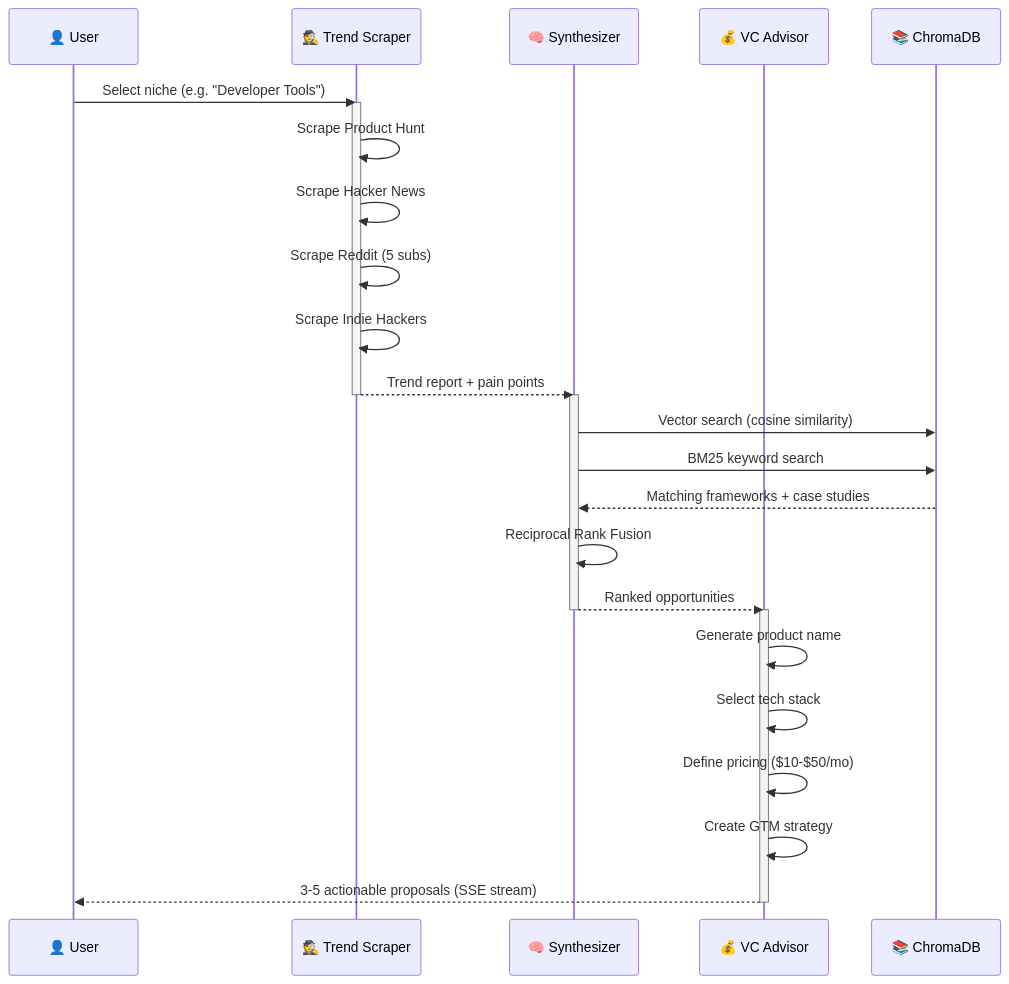
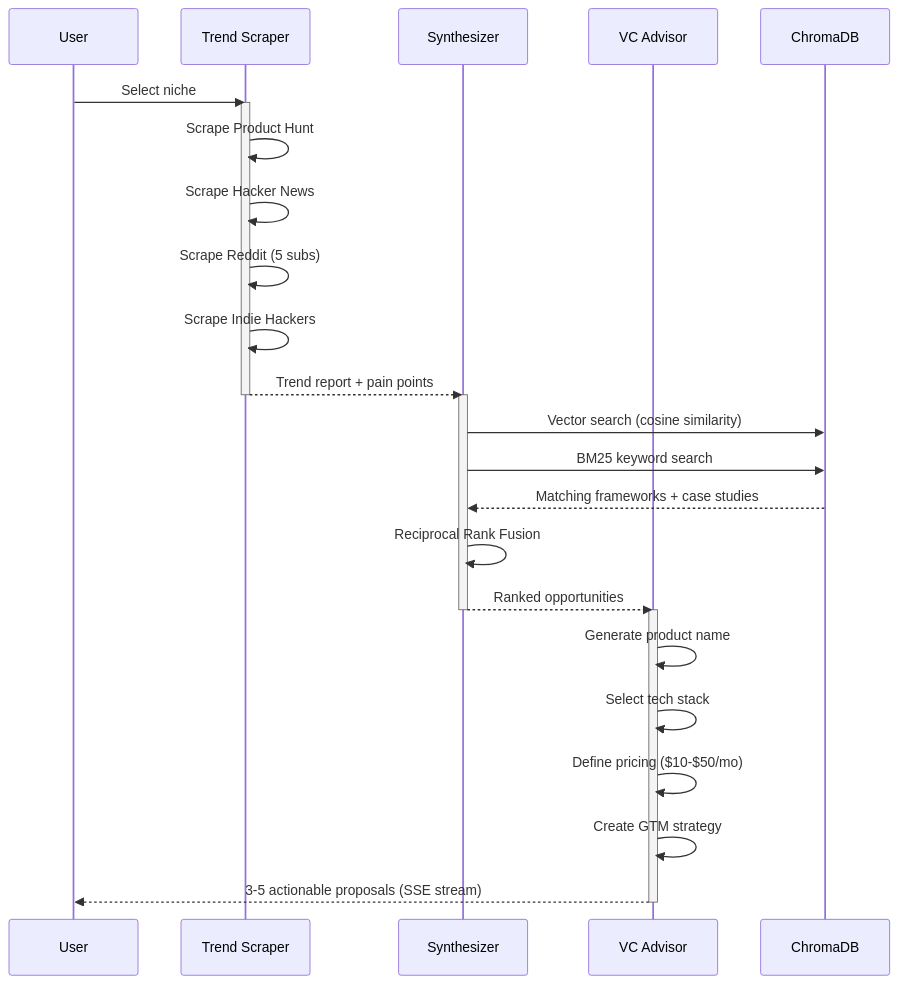
The second of 6 diagrams in README.md (soumyachk101/IdeaForge), drawn with Mermaid before and after one commit. The commit also changed other lines of this file, not shown here.

First line of the commit message:
Fix all Mermaid diagrams for GitHub renderer compatibility

````diff
--- a/README.md
+++ b/README.md
@@ -100,33 +107,33 @@
 ```mermaid
 sequenceDiagram
-    participant U as 👤 User
-    participant A1 as 🕵️ Trend Scraper
-    participant A2 as 🧠 Synthesizer
-    participant A3 as 💰 VC Advisor
-    participant DB as 📚 ChromaDB
+    participant U as User
+    participant A1 as Trend Scraper
+    participant A2 as Synthesizer
+    participant A3 as VC Advisor
+    participant DB as ChromaDB
 
-    U->>A1: Select niche (e.g. "Developer Tools")
+    U->>A1: Select niche
     activate A1
     A1->>A1: Scrape Product Hunt
     A1->>A1: Scrape Hacker News
     A1->>A1: Scrape Reddit (5 subs)
     A1->>A1: Scrape Indie Hackers
     A1-->>A2: Trend report + pain points
     deactivate A1
 
     activate A2
     A2->>DB: Vector search (cosine similarity)
     A2->>DB: BM25 keyword search
     DB-->>A2: Matching frameworks + case studies
     A2->>A2: Reciprocal Rank Fusion
     A2-->>A3: Ranked opportunities
     deactivate A2
 
     activate A3
     A3->>A3: Generate product name
     A3->>A3: Select tech stack
     A3->>A3: Define pricing ($10-$50/mo)
     A3->>A3: Create GTM strategy
     A3-->>U: 3-5 actionable proposals (SSE stream)
     deactivate A3
 ```
````
